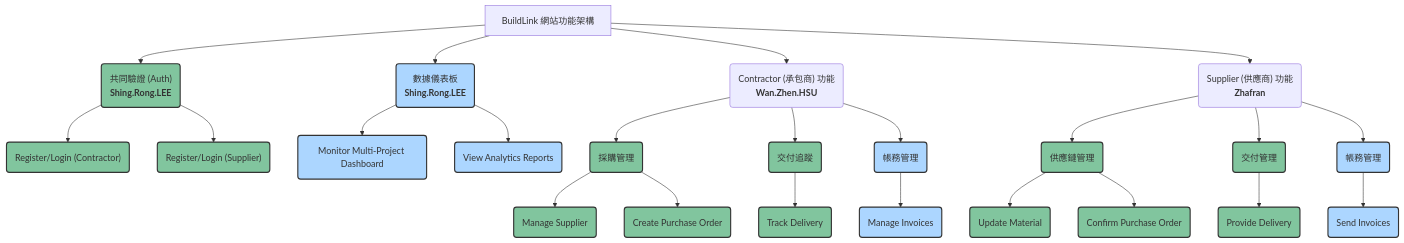
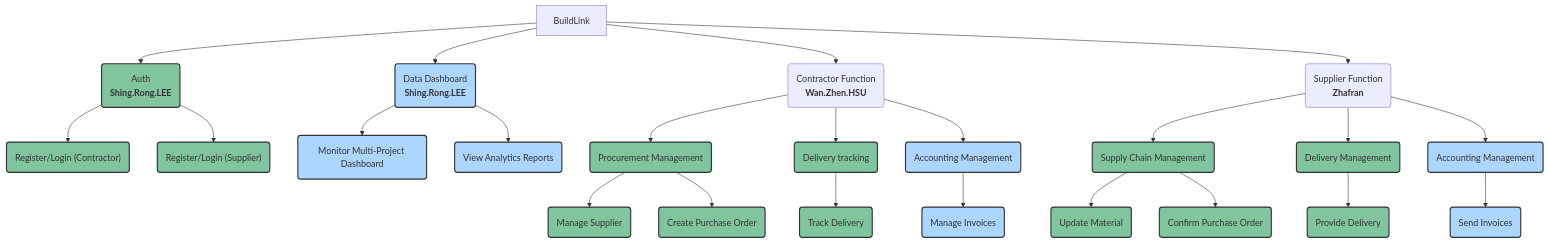
Before and after one commit to Wanzhennnnnnnnnnnn/Team4: the diagram in README.md, drawn with Mermaid.

Commit message:
no message

````diff
--- a/README.md
+++ b/README.md
@@ -2,50 +2,50 @@
 ```mermaid
 flowchart TD
-    A[BuildLink 網站功能架構]
+    A[BuildLink]
 
-    %% --- HSU 的工作 ---
-    A --> C("共同驗證 (Auth)<br><b>Shing.Rong.LEE</b>")
+    %% --- HSU's Work ---
+    A --> C("Auth<br><b>Shing.Rong.LEE</b>")
     C --> C1("Register/Login (Contractor)")
     C --> C2("Register/Login (Supplier)")
     
-    A --> F("數據儀表板<br><b>Shing.Rong.LEE</b>")
+    A --> F("Data Dashboard<br><b>Shing.Rong.LEE</b>")
     F --> F1(Monitor Multi-Project Dashboard)
     F --> F2(View Analytics Reports)
 
-    %% --- LEE 的工作 ---
-    A --> B("Contractor (承包商) 功能<br><b>Wan.Zhen.HSU</b>")
-    B --> D("採購管理")
+    %% --- LEE's Work' ---
+    A --> B("Contractor Function<br><b>Wan.Zhen.HSU</b>")
+    B --> D("Procurement Management")
     D --> D1(Manage Supplier)
     D --> D2(Create Purchase Order)
     
-    B --> E("交付追蹤")
+    B --> E("Delivery tracking")
     E --> E1(Track Delivery)
 
-    B --> F_Sub("帳務管理")
+    B --> F_Sub("Accounting Management")
     F_Sub --> F_Sub1(Manage Invoices)
 
 
-    %% --- Zafran 的工作 ---
-    A --> G("Supplier (供應商) 功能<br><b>Zhafran</b>")
-    G --> I("供應鏈管理")
+    %% --- Zafran's Work ---
+    A --> G("Supplier Function<br><b>Zhafran</b>")
+    G --> I("Supply Chain Management")
     I --> I1(Update Material)
     I --> I2(Confirm Purchase Order)
     
-    G --> J("交付管理")
+    G --> J("Delivery Management")
     J --> J1(Provide Delivery)
     
-    G --> K("帳務管理")
+    G --> K("Accounting Management")
     K --> K1(Send Invoices)
 
 
     %% --- 顏色定義 (實作優先權) ---
     
     %% MVP (高優先) - 綠色
     classDef highPriority fill:#81C59E,stroke:#333,stroke-width:2px;
     %% Full-Featured (低優先) - 藍色
     classDef lowPriority fill:#ACD6FF,stroke:#333,stroke-width:2px;
 
     %% --- 應用顏色 ---
     class C,C1,C2,D,D1,D2,E,E1,I,I1,I2,J,J1 highPriority
     class F,F1,F2,F_Sub,F_Sub1,K,K1 lowPriority
    ```
````
